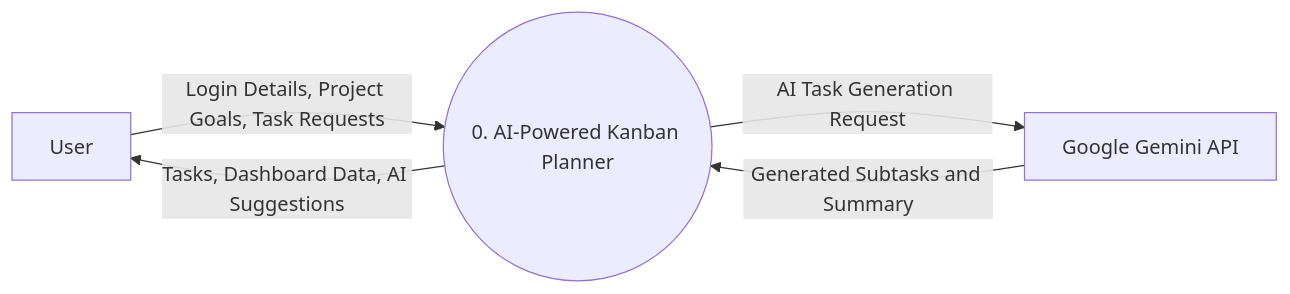
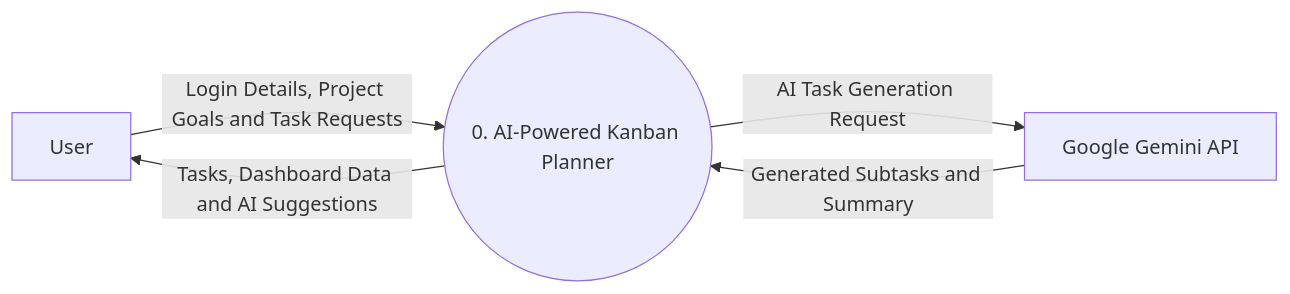
The third of 6 diagrams in documentation/System_Design.md (Snadip2929/ai-powered-kanban-planner), drawn with Mermaid before and after one commit. The commit also changed other lines of this file, not shown here.

````diff
--- a/documentation/System_Design.md
+++ b/documentation/System_Design.md
@@ -110,12 +204,12 @@
 ```mermaid
 flowchart LR
     U[User]
     S((0. AI-Powered Kanban Planner))
     AI[Google Gemini API]
 
-    U -->|Login Details, Project Goals, Task Requests| S
-    S -->|Tasks, Dashboard Data, AI Suggestions| U
+    U -->|Login Details, Project Goals and Task Requests| S
+    S -->|Tasks, Dashboard Data and AI Suggestions| U
 
     S -->|AI Task Generation Request| AI
     AI -->|Generated Subtasks and Summary| S
 ```
````
